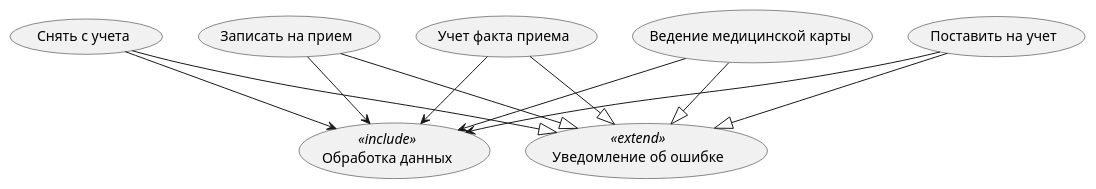
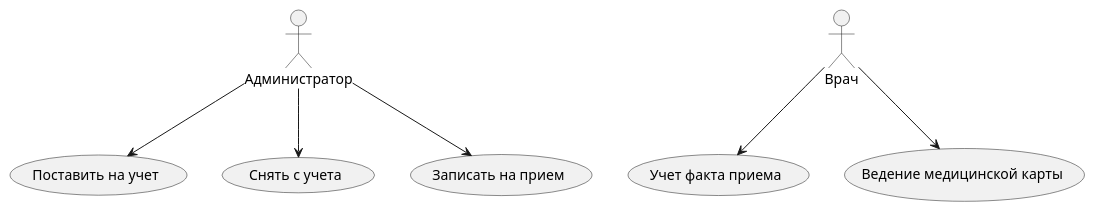
One commit to penamarth/bsbo-13-22_team2_var3 changed the diagram in Диаграмма_классов_использования.md. Above: the diagram before and after it, drawn with PlantUML.

````diff
--- a/Диаграмма_классов_использования.md
+++ b/Диаграмма_классов_использования.md
@@ -1,26 +1,18 @@
 ```plantuml
 @startuml
+actor "Администратор" as Admin
+actor "Врач" as Doctor
 
 usecase "Поставить на учет" as UC1
 usecase "Снять с учета" as UC2
 usecase "Записать на прием" as UC3
 usecase "Учет факта приема" as UC4
 usecase "Ведение медицинской карты" as UC5
 
-usecase "Обработка данных" as UC6 <<include>>
-usecase "Уведомление об ошибке" as UC7 <<extend>>
-
-UC1 --> UC6
-UC2 --> UC6
-UC3 --> UC6
-UC4 --> UC6
-UC5 --> UC6
-
-UC1 --|> UC7
-UC2 --|> UC7
-UC3 --|> UC7
-UC4 --|> UC7
-UC5 --|> UC7
-
+Admin --> UC1
+Admin --> UC2
+Admin --> UC3
+Doctor --> UC4
+Doctor --> UC5
 @enduml
 ```
````
